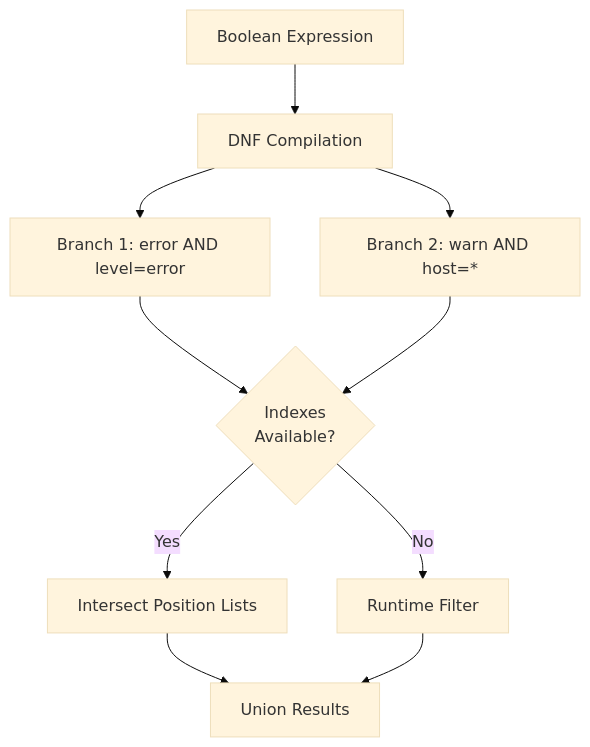
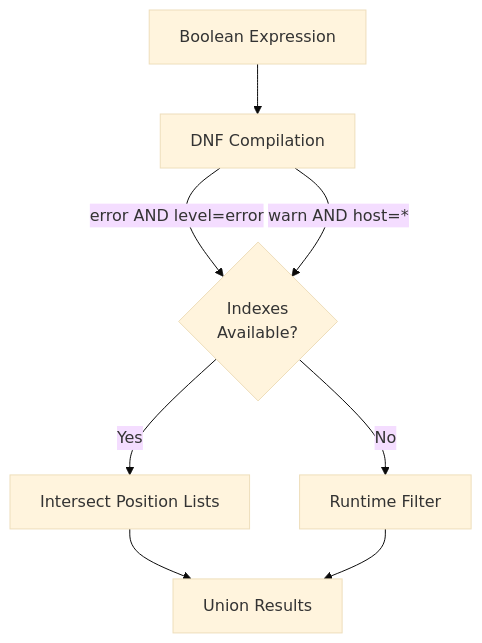
The second of 2 diagrams in frontend/src/help/indexers.md (kluzzebass/gastrolog), drawn with Mermaid (base theme) before and after one commit.

Commit message:
fix: move DNF branch names to arrows in indexers diagram
Prevents long branch descriptions from being cut off in narrow boxes.

````diff
--- a/frontend/src/help/indexers.md
+++ b/frontend/src/help/indexers.md
@@ -81,12 +81,10 @@
 ```mermaid
 flowchart TD
     A[Boolean Expression] --> B[DNF Compilation]
-    B --> C[Branch 1: error AND level=error]
-    B --> D[Branch 2: warn AND host=*]
-    C --> E{Indexes<br/>Available?}
-    D --> E
+    B -->|error AND level=error| E{Indexes<br/>Available?}
+    B -->|warn AND host=*| E
     E -->|Yes| F[Intersect Position Lists]
     E -->|No| G[Runtime Filter]
     F --> H[Union Results]
     G --> H
 ```
````
